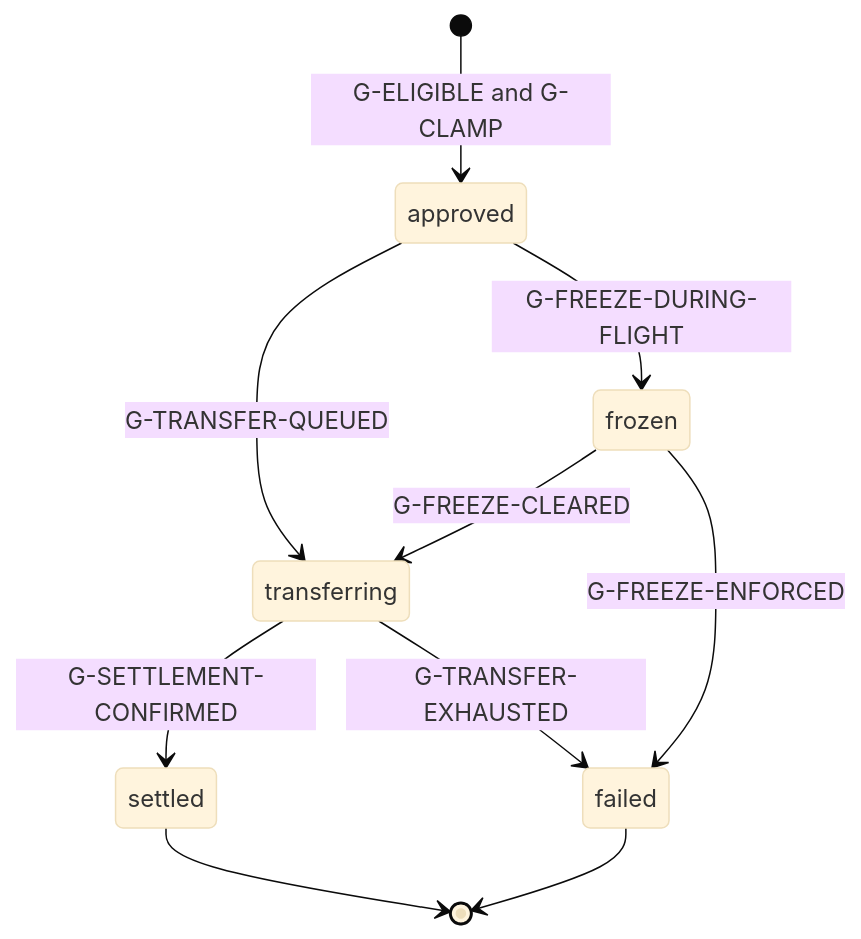
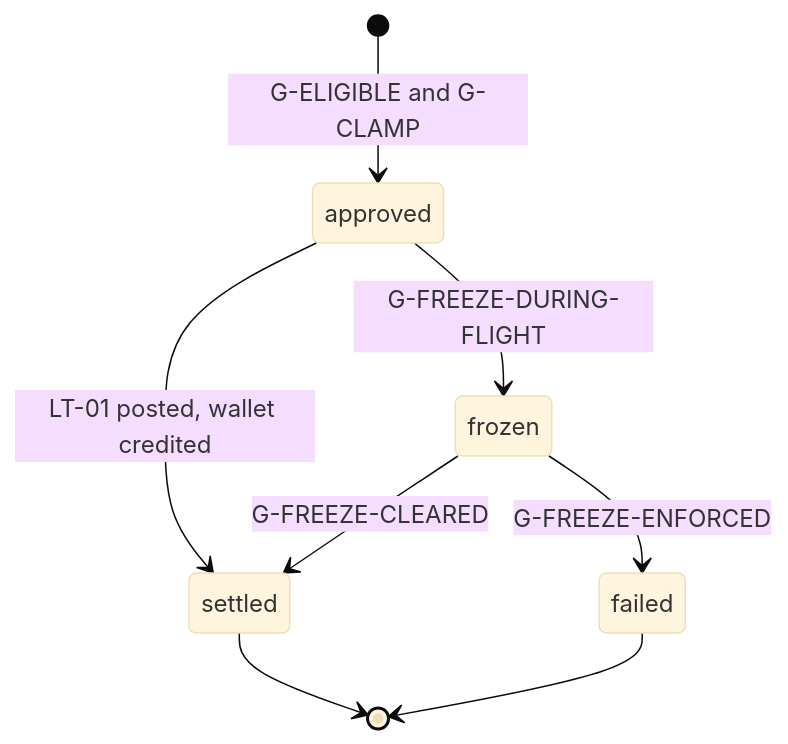
The second of 10 diagrams in docs/architecture/STATE_MACHINES.md (lam2-coder/meritfutures), drawn with Mermaid (base theme) before and after one commit. The commit also changed other lines of this file and 5 other files, not shown here.

````diff
--- a/docs/architecture/STATE_MACHINES.md
+++ b/docs/architecture/STATE_MACHINES.md
@@ -76,12 +76,10 @@
 ```mermaid
 stateDiagram-v2
     [*] --> approved: G-ELIGIBLE and G-CLAMP
-    approved --> transferring: G-TRANSFER-QUEUED
-    transferring --> settled: G-SETTLEMENT-CONFIRMED
-    transferring --> failed: G-TRANSFER-EXHAUSTED
+    approved --> settled: LT-01 posted, wallet credited
     approved --> frozen: G-FREEZE-DURING-FLIGHT
-    frozen --> transferring: G-FREEZE-CLEARED
+    frozen --> settled: G-FREEZE-CLEARED
     frozen --> failed: G-FREEZE-ENFORCED
     settled --> [*]
     failed --> [*]
 ```
````
